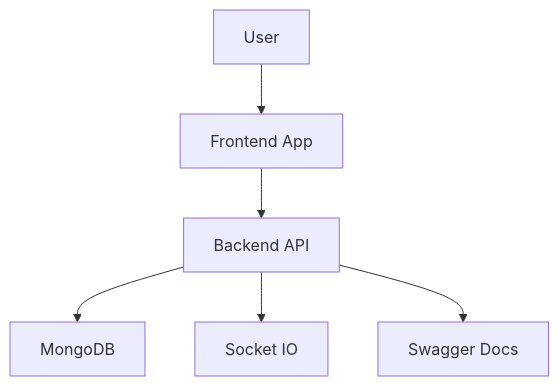
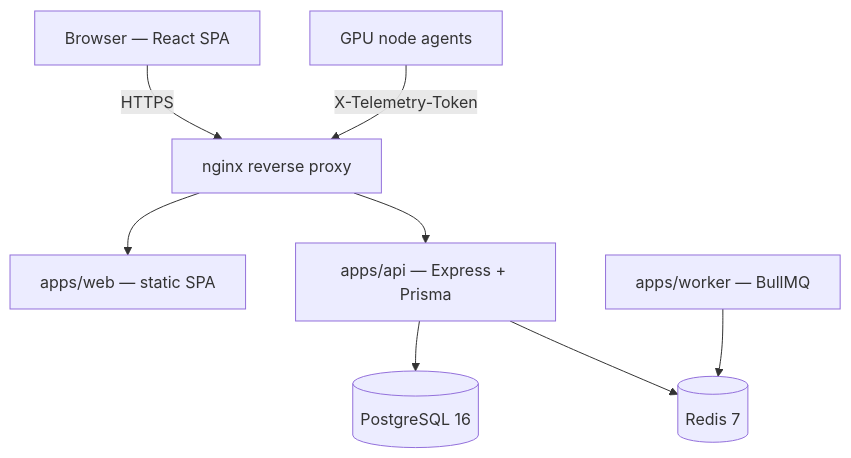
The diagram in README.md (coder-rohit1477/gpu-allocation-system), drawn with Mermaid before and after one commit. The commit also changed other lines of this file and 23 other files, not shown here.

````diff
--- a/README.md
+++ b/README.md
@@ -76,8 +30,10 @@
 ```mermaid
 flowchart TB
-  User[User] --> Frontend[Frontend App]
-  Frontend --> Backend[Backend API]
-  Backend --> Database[MongoDB]
-  Backend --> Realtime[Socket IO]
-  Backend --> Docs[Swagger Docs]
+  Browser[Browser — React SPA] -->|HTTPS| Nginx[nginx reverse proxy]
+  Agent[GPU node agents] -->|"X-Telemetry-Token"| Nginx
+  Nginx --> Web[apps/web — static SPA]
+  Nginx --> API[apps/api — Express + Prisma]
+  API --> Postgres[(PostgreSQL 16)]
+  API --> Redis[(Redis 7)]
+  Worker[apps/worker — BullMQ] --> Redis
 ```
````
